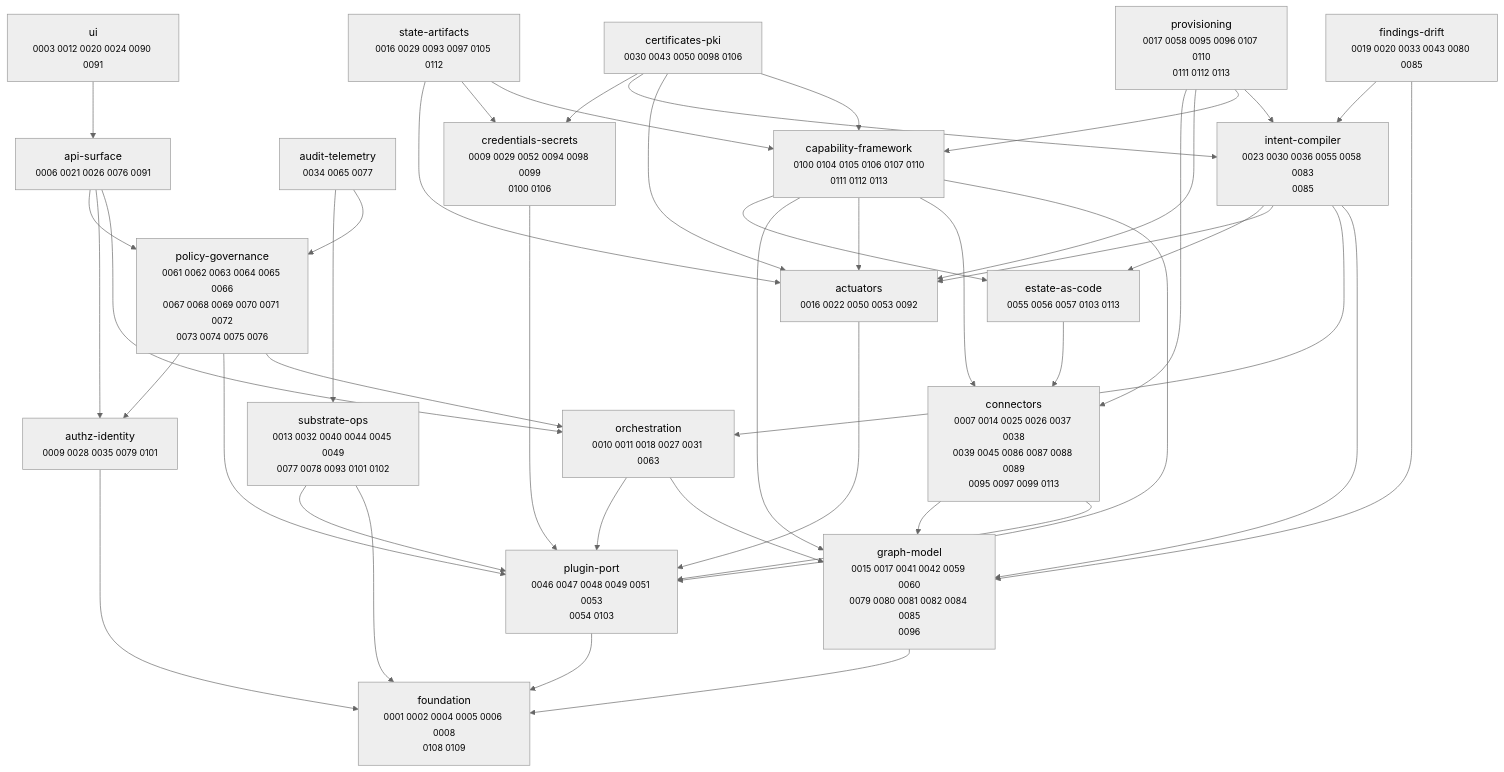
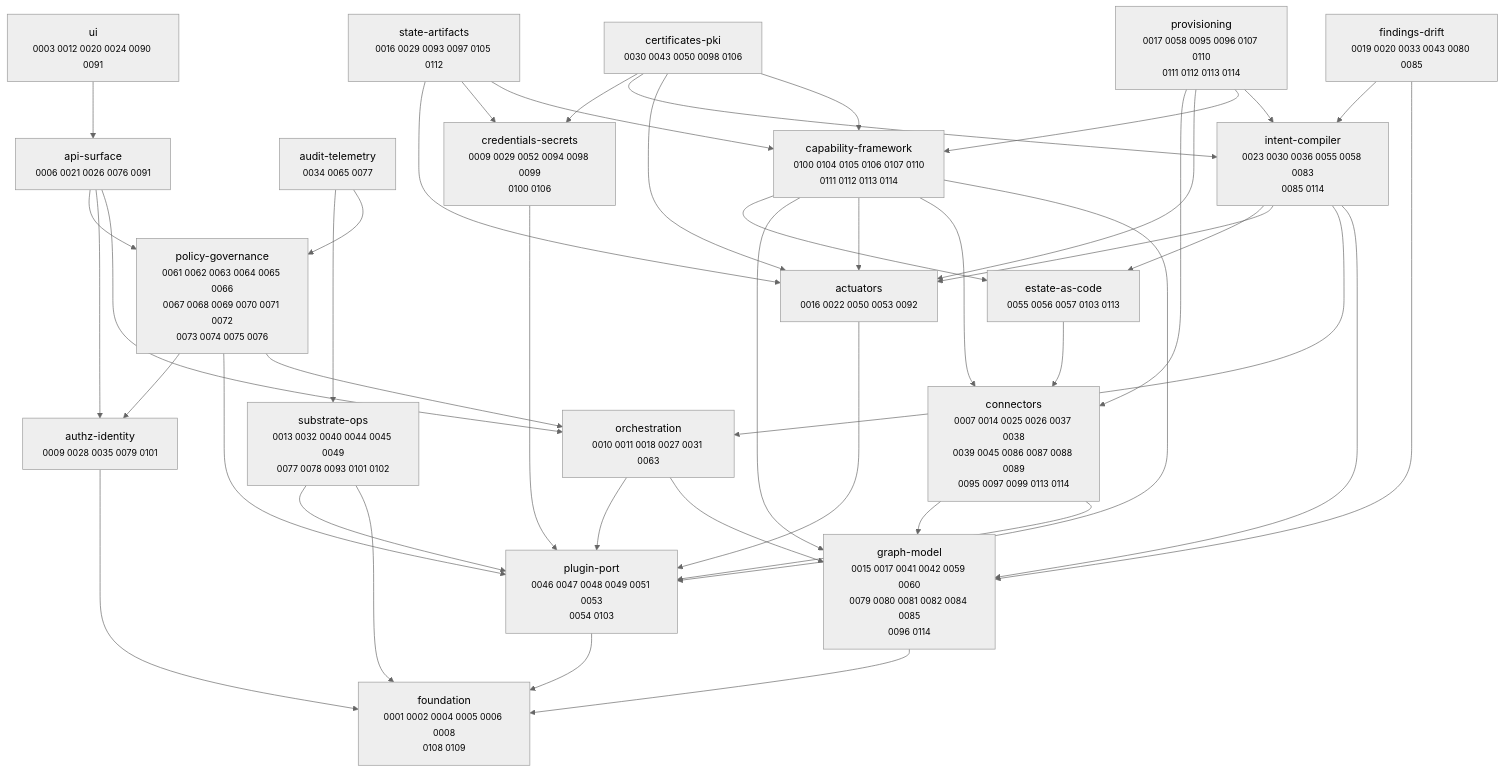
Before and after one commit to dstout-devops/stratt: the diagram in docs/adr/MAP.md, drawn with Mermaid (neutral theme). The commit also changed other lines of this file and 2 other files, not shown here.

First paragraph of the commit message:
docs(adr): ADR-0114 — entity lifecycle Actions + desired-state decommission reach-path
Extend ADR-0113's vSphere provisioning with the teardown/lifecycle half, framed as a
provider-agnostic pattern-validation exercise (does Stratt's lifecycle model extend
beyond vSphere?).

````diff
--- a/docs/adr/MAP.md
+++ b/docs/adr/MAP.md
@@ -11,67 +11,67 @@
 ```mermaid
 graph TD
   actuators["actuators<br/><small>0016 0022 0050 0053 0092</small>"]
   api_surface["api-surface<br/><small>0006 0021 0026 0076 0091</small>"]
   audit_telemetry["audit-telemetry<br/><small>0034 0065 0077</small>"]
   authz_identity["authz-identity<br/><small>0009 0028 0035 0079 0101</small>"]
-  capability_framework["capability-framework<br/><small>0100 0104 0105 0106 0107 0110<br/>0111 0112 0113</small>"]
+  capability_framework["capability-framework<br/><small>0100 0104 0105 0106 0107 0110<br/>0111 0112 0113 0114</small>"]
   certificates_pki["certificates-pki<br/><small>0030 0043 0050 0098 0106</small>"]
-  connectors["connectors<br/><small>0007 0014 0025 0026 0037 0038<br/>0039 0045 0086 0087 0088 0089<br/>0095 0097 0099 0113</small>"]
+  connectors["connectors<br/><small>0007 0014 0025 0026 0037 0038<br/>0039 0045 0086 0087 0088 0089<br/>0095 0097 0099 0113 0114</small>"]
   credentials_secrets["credentials-secrets<br/><small>0009 0029 0052 0094 0098 0099<br/>0100 0106</small>"]
   estate_as_code["estate-as-code<br/><small>0055 0056 0057 0103 0113</small>"]
   findings_drift["findings-drift<br/><small>0019 0020 0033 0043 0080 0085</small>"]
   foundation["foundation<br/><small>0001 0002 0004 0005 0006 0008<br/>0108 0109</small>"]
-  graph_model["graph-model<br/><small>0015 0017 0041 0042 0059 0060<br/>0079 0080 0081 0082 0084 0085<br/>0096</small>"]
-  intent_compiler["intent-compiler<br/><small>0023 0030 0036 0055 0058 0083<br/>0085</small>"]
+  graph_model["graph-model<br/><small>0015 0017 0041 0042 0059 0060<br/>0079 0080 0081 0082 0084 0085<br/>0096 0114</small>"]
+  intent_compiler["intent-compiler<br/><small>0023 0030 0036 0055 0058 0083<br/>0085 0114</small>"]
   orchestration["orchestration<br/><small>0010 0011 0018 0027 0031 0063</small>"]
   plugin_port["plugin-port<br/><small>0046 0047 0048 0049 0051 0053<br/>0054 0103</small>"]
   policy_governance["policy-governance<br/><small>0061 0062 0063 0064 0065 0066<br/>0067 0068 0069 0070 0071 0072<br/>0073 0074 0075 0076</small>"]
-  provisioning["provisioning<br/><small>0017 0058 0095 0096 0107 0110<br/>0111 0112 0113</small>"]
+  provisioning["provisioning<br/><small>0017 0058 0095 0096 0107 0110<br/>0111 0112 0113 0114</small>"]
   state_artifacts["state-artifacts<br/><small>0016 0029 0093 0097 0105 0112</small>"]
   substrate_ops["substrate-ops<br/><small>0013 0032 0040 0044 0045 0049<br/>0077 0078 0093 0101 0102</small>"]
   ui["ui<br/><small>0003 0012 0020 0024 0090 0091</small>"]
 
   actuators --> plugin_port
   api_surface --> orchestration
   api_surface --> authz_identity
   api_surface --> policy_governance
   audit_telemetry --> policy_governance
   audit_telemetry --> substrate_ops
   authz_identity --> foundation
   capability_framework --> plugin_port
   capability_framework --> connectors
   capability_framework --> actuators
   capability_framework --> graph_model
   capability_framework --> estate_as_code
   certificates_pki --> capability_framework
   certificates_pki --> actuators
   certificates_pki --> intent_compiler
   certificates_pki --> credentials_secrets
   connectors --> plugin_port
   connectors --> graph_model
   credentials_secrets --> plugin_port
   estate_as_code --> connectors
   findings_drift --> graph_model
   findings_drift --> intent_compiler
   graph_model --> foundation
   intent_compiler --> graph_model
   intent_compiler --> orchestration
   intent_compiler --> actuators
   intent_compiler --> estate_as_code
   orchestration --> graph_model
   orchestration --> plugin_port
   plugin_port --> foundation
   policy_governance --> orchestration
   policy_governance --> plugin_port
   policy_governance --> authz_identity
   provisioning --> intent_compiler
   provisioning --> capability_framework
   provisioning --> actuators
   provisioning --> connectors
   state_artifacts --> capability_framework
   state_artifacts --> credentials_secrets
   state_artifacts --> actuators
   substrate_ops --> foundation
   substrate_ops --> plugin_port
   ui --> api_surface
 ```
````
